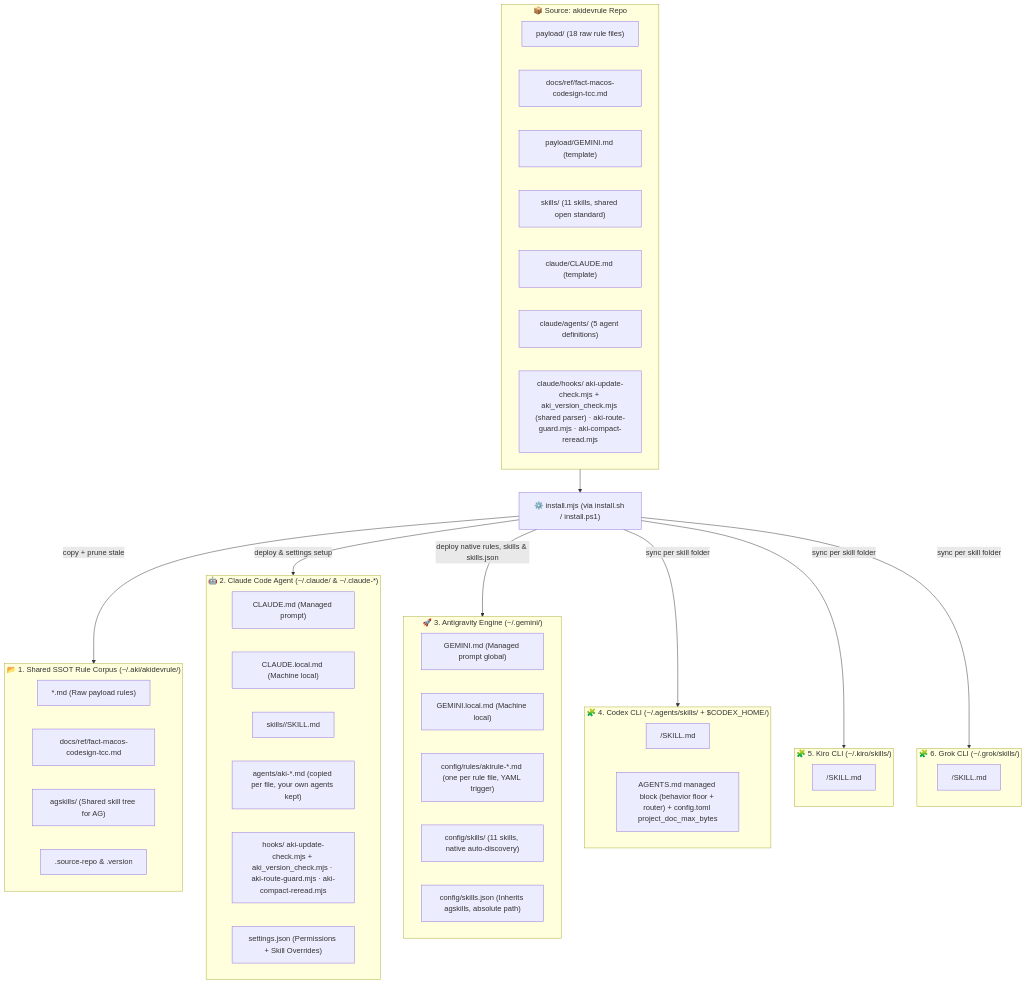
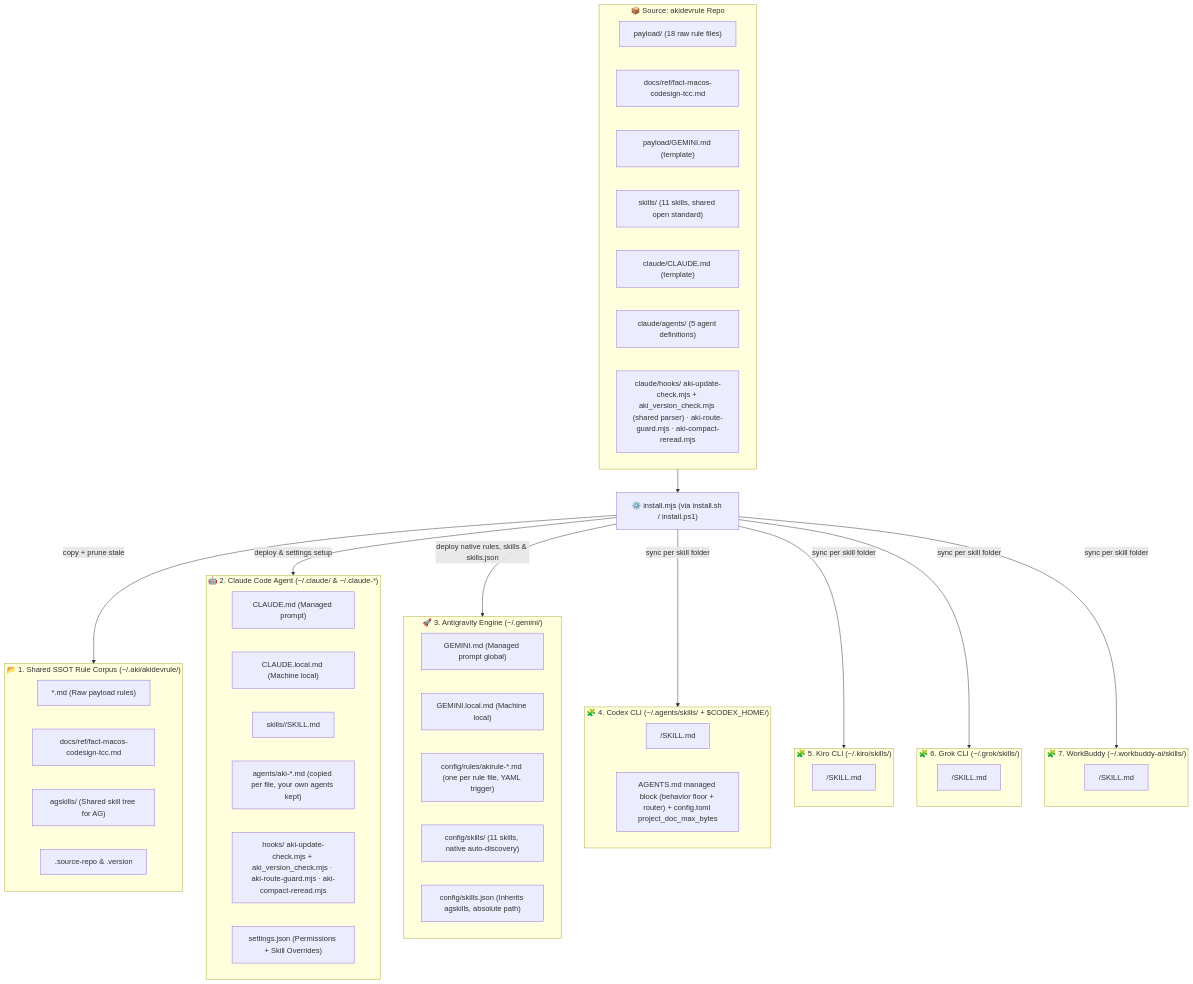
One commit to lacvietanh/akidevrule changed the diagram in README.md. Above: the diagram before and after it, drawn with Mermaid. The commit also changed other lines of this file and 10 other files, not shown here.

First line of the commit message:
feat(install): sync skills to WorkBuddy, floor carried by the router

````diff
--- a/README.md
+++ b/README.md
@@ -258,61 +258,65 @@
 ```mermaid
 flowchart TD
     subgraph SRC["📦 Source: akidevrule Repo"]
         PAYLOAD["payload/ (18 raw rule files)"]
         TCCREF["docs/ref/fact-macos-codesign-tcc.md"]
         PGEMINI["payload/GEMINI.md (template)"]
         CSKILLS["skills/ (11 skills, shared open standard)"]
         CCLAUDE["claude/CLAUDE.md (template)"]
         CAGENTS["claude/agents/ (5 agent definitions)"]
         CHOOKS["claude/hooks/ aki-update-check.mjs + aki_version_check.mjs (shared parser) · aki-route-guard.mjs · aki-compact-reread.mjs"]
     end
 
     INSTALL["⚙️ install.mjs (via install.sh / install.ps1)"]
     SRC --> INSTALL
 
     %% TARGET 1: ~/.aki/akidevrule/
     subgraph T1["📂 1. Shared SSOT Rule Corpus (~/.aki/akidevrule/)"]
         R_CORPUS["*.md (Raw payload rules)"]
         R_TCC["docs/ref/fact-macos-codesign-tcc.md"]
         R_AGSKILLS["agskills/ (Shared skill tree for AG)"]
         R_META[".source-repo & .version"]
     end
 
     %% TARGET 2: ~/.claude/ and ~/.claude-*
     subgraph T2["🤖 2. Claude Code Agent (~/.claude/ & ~/.claude-*)"]
         C_MD["CLAUDE.md (Managed prompt)"]
         C_LOCAL["CLAUDE.local.md (Machine local)"]
         C_SKILLS["skills/<skill_name>/SKILL.md"]
         C_AGENTS["agents/aki-*.md (copied per file, your own agents kept)"]
         C_HOOKS["hooks/ aki-update-check.mjs + aki_version_check.mjs · aki-route-guard.mjs · aki-compact-reread.mjs"]
         C_SET["settings.json (Permissions + Skill Overrides)"]
     end
 
     %% TARGET 3: ~/.gemini/
     subgraph T3["🚀 3. Antigravity Engine (~/.gemini/)"]
         G_MD["GEMINI.md (Managed prompt global)"]
         G_LOCAL["GEMINI.local.md (Machine local)"]
         G_RULES["config/rules/akirule-*.md (one per rule file, YAML trigger)"]
         G_SKILLS["config/skills/ (11 skills, native auto-discovery)"]
         G_SJSON["config/skills.json (Inherits agskills, absolute path)"]
     end
 
-    %% TARGETS 4-6: other CLIs that natively consume the SKILL.md standard
+    %% TARGETS 4-7: other harnesses that natively consume the SKILL.md standard
     subgraph T4["🧩 4. Codex CLI (~/.agents/skills/ + $CODEX_HOME/)"]
         X_SKILLS["<skill_name>/SKILL.md"]
         X_AGENTS["AGENTS.md managed block (behavior floor + router) + config.toml project_doc_max_bytes"]
     end
     subgraph T5["🧩 5. Kiro CLI (~/.kiro/skills/)"]
         K_SKILLS["<skill_name>/SKILL.md"]
     end
     subgraph T6["🧩 6. Grok CLI (~/.grok/skills/)"]
         R_SKILLS["<skill_name>/SKILL.md"]
     end
+    subgraph T7["🧩 7. WorkBuddy (~/.workbuddy-ai/skills/)"]
+        W_SKILLS["<skill_name>/SKILL.md"]
+    end
 
     INSTALL -->|"copy + prune stale"| T1
     INSTALL -->|"deploy & settings setup"| T2
     INSTALL -->|"deploy native rules, skills & skills.json"| T3
     INSTALL -->|"sync per skill folder"| T4
     INSTALL -->|"sync per skill folder"| T5
     INSTALL -->|"sync per skill folder"| T6
+    INSTALL -->|"sync per skill folder"| T7
 ```
````
